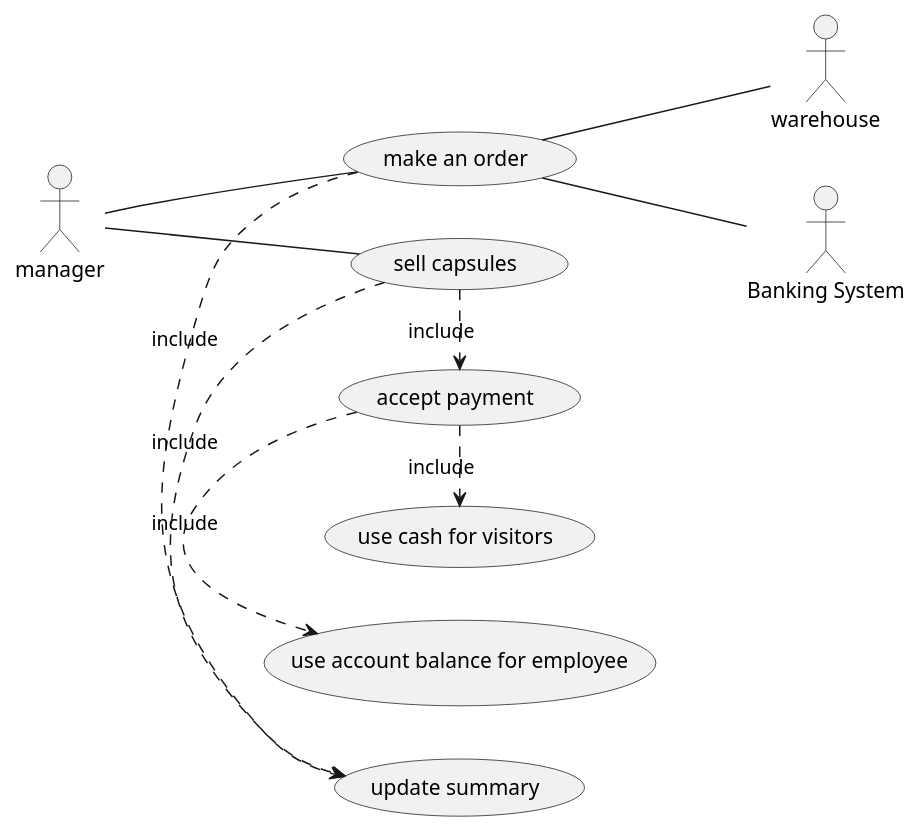
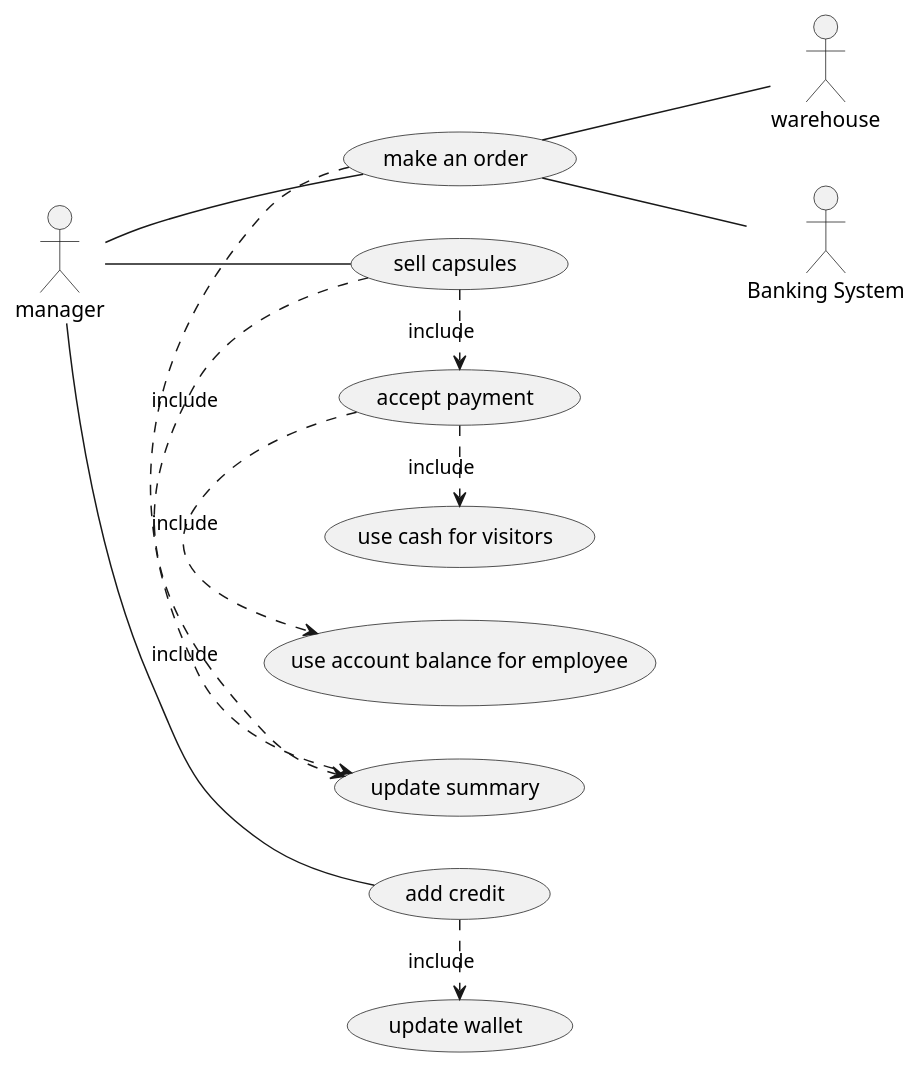
One commit to DarkSee/LaTazza changed the second of 4 diagrams in templates/RequirementsTemplate.md. Above: the diagram before and after it, drawn with PlantUML. The commit also changed other lines of this file, not shown here.

Commit message:
Updated UC diagram

````diff
--- a/templates/RequirementsTemplate.md
+++ b/templates/RequirementsTemplate.md
@@ -122,19 +122,22 @@
 ```plantuml
 left to right direction
 skinparam packageStyle rectangular
 
 actor warehouse as w
 actor manager as m
 actor "Banking System" as bs
 
 m -- (sell capsules)
 m -- (make an order)
+m -- (add credit)
 (make an order) -- bs
 (make an order) -- w
 (make an order) .> (update summary) : include
 
 (sell capsules) .> (accept payment): include
 (accept payment) .> (use account balance for employee): include
 (accept payment) .> (use cash for visitors) : include
 (sell capsules) .> (update summary) : include
+(add credit) .> (update wallet) : include
+
 ```
````
